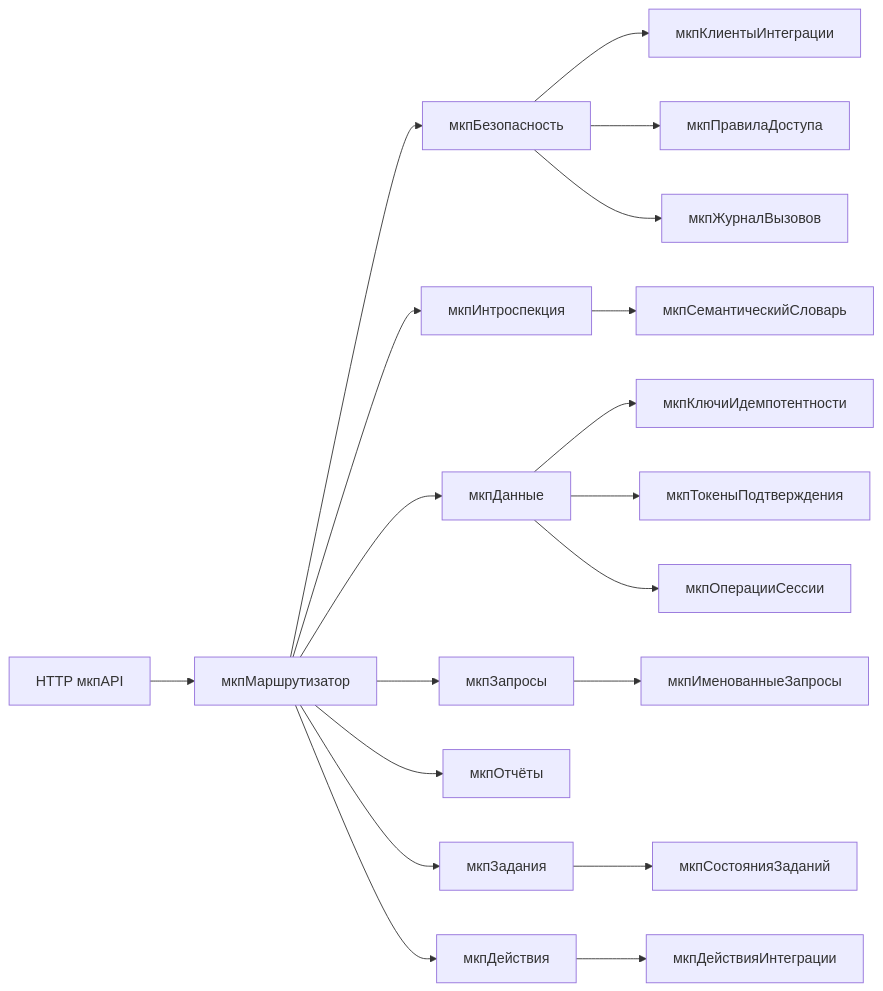
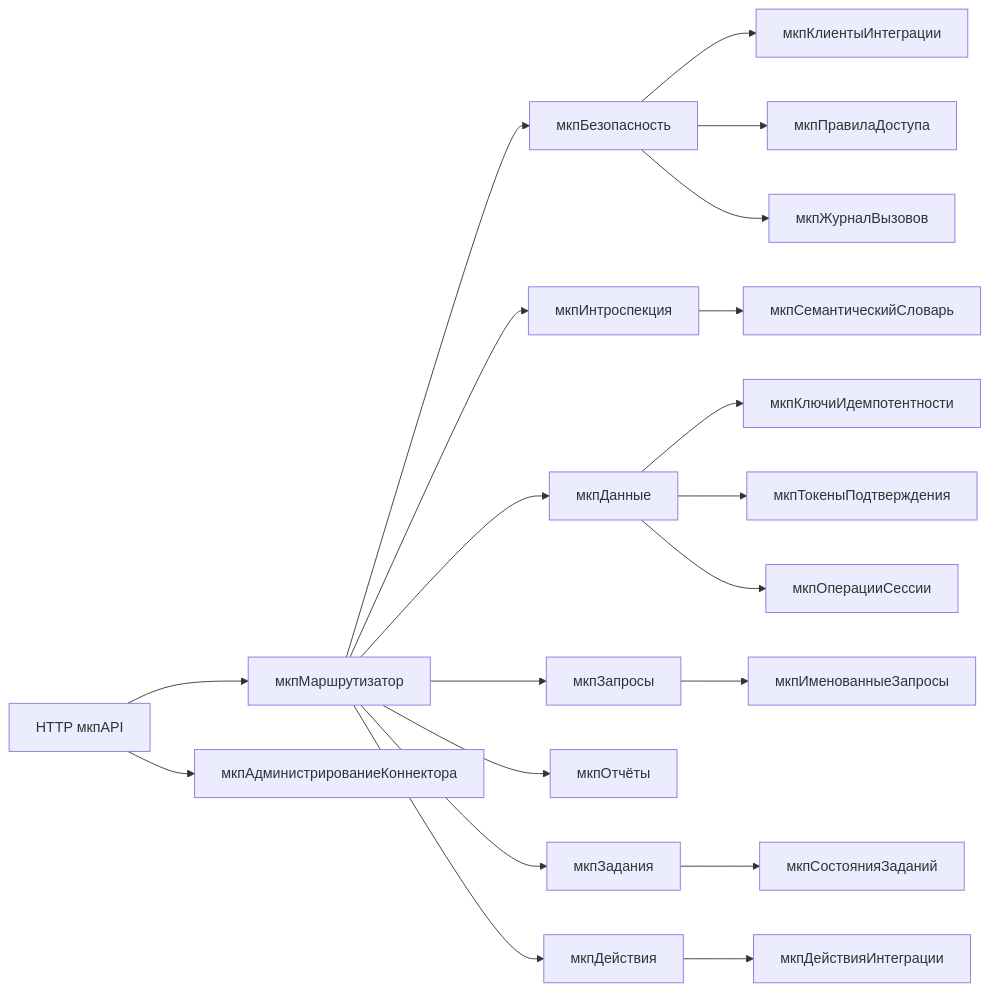
The sixth of 6 diagrams in README.md (chastnik/1cmcp), drawn with Mermaid before and after one commit. The commit also changed other lines of this file and 44 other files, not shown here.

````diff
--- a/README.md
+++ b/README.md
@@ -199,21 +202,22 @@
 ```mermaid
 flowchart LR
   HTTP["HTTP мкпAPI"] --> R["мкпМаршрутизатор"]
   R --> Sec["мкпБезопасность"]
   R --> Intro["мкпИнтроспекция"]
   R --> Data["мкпДанные"]
   R --> Q["мкпЗапросы"]
   R --> Rep["мкпОтчёты"]
   R --> Job["мкпЗадания"]
   R --> Act["мкпДействия"]
+  HTTP --> Adm["мкпАдминистрированиеКоннектора"]
   Sec --> Clients["мкпКлиентыИнтеграции"]
   Sec --> ACL["мкпПравилаДоступа"]
   Sec --> Log["мкпЖурналВызовов"]
   Intro --> Dict["мкпСемантическийСловарь"]
   Q --> NQ["мкпИменованныеЗапросы"]
   Job --> Jobs["мкпСостоянияЗаданий"]
   Act --> AW["мкпДействияИнтеграции"]
   Data --> Idem["мкпКлючиИдемпотентности"]
   Data --> Tok["мкпТокеныПодтверждения"]
   Data --> Sess["мкпОперацииСессии"]
 ```
````
